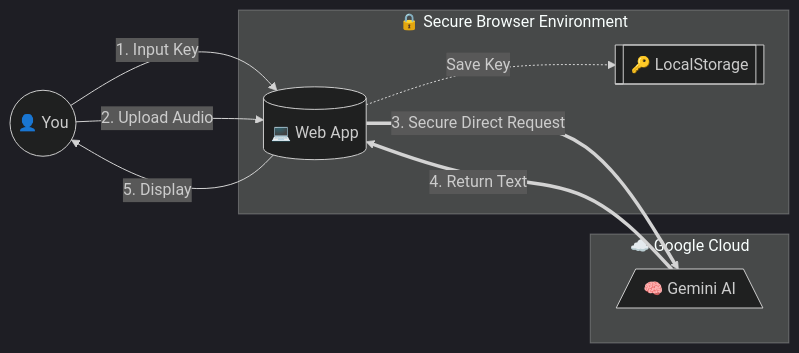
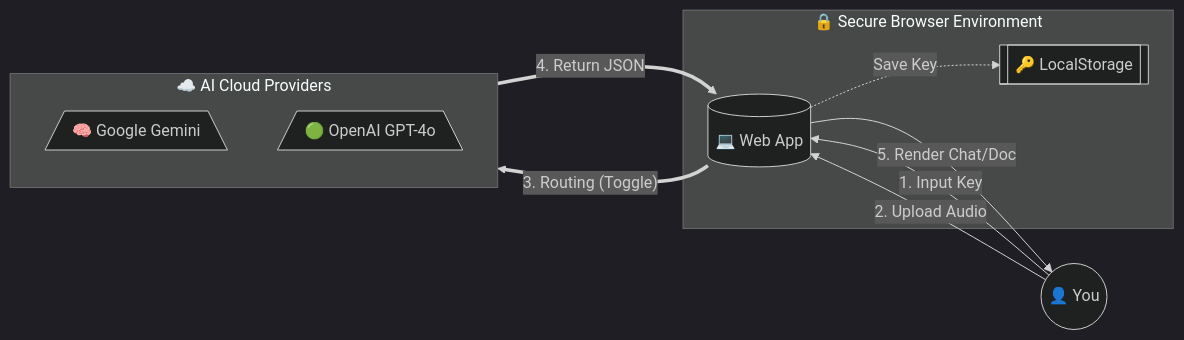
The diagram in README.md (souravkr529/AI-Audio-To-Text-Converter), drawn with Mermaid (dark theme) before and after one commit. The commit also changed other lines of this file and 2 other files, not shown here.

Commit message:
feat: add OpenAI support, enhanced toggle UI, and updated docs

````diff
--- a/README.md
+++ b/README.md
@@ -35,20 +36,21 @@
 ```mermaid
 graph LR
     User((👤 You))
     
     subgraph Browser_Safe_Zone ["🔒 Secure Browser Environment"]
         Browser[("💻 Web App")]
         KeyStore[["🔑 LocalStorage"]]
     end
 
-    subgraph Google ["☁️ Google Cloud"]
-        Gemini[/"🧠 Gemini AI"\]
+    subgraph Providers ["☁️ AI Cloud Providers"]
+        Gemini[/"🧠 Google Gemini"\]
+        OpenAI[/"🟢 OpenAI GPT-4o"\]
     end
 
     User -->|"1. Input Key"| Browser
     Browser -.->|"Save Key"| KeyStore
     User -->|"2. Upload Audio"| Browser
-    Browser ==>|"3. Secure Direct Request"| Gemini
-    Gemini ==>|"4. Return Text"| Browser
-    Browser -->|"5. Display"| User
+    Browser ==>|"3. Routing (Toggle)"| Providers
+    Providers ==>|"4. Return JSON"| Browser
+    Browser -->|"5. Render Chat/Doc"| User
 ```
````
